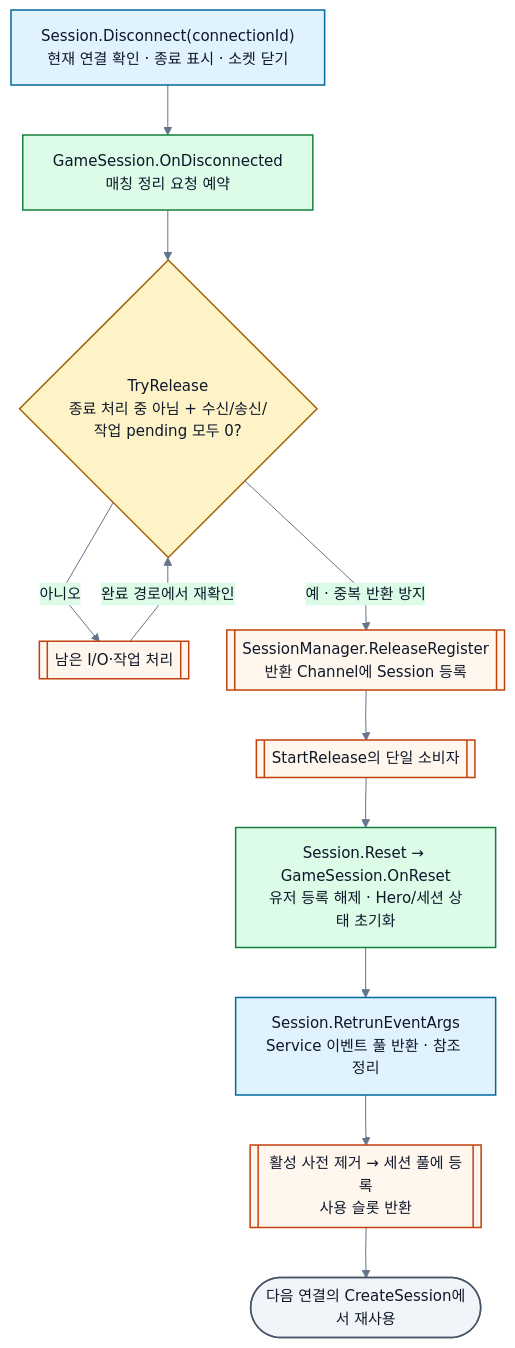
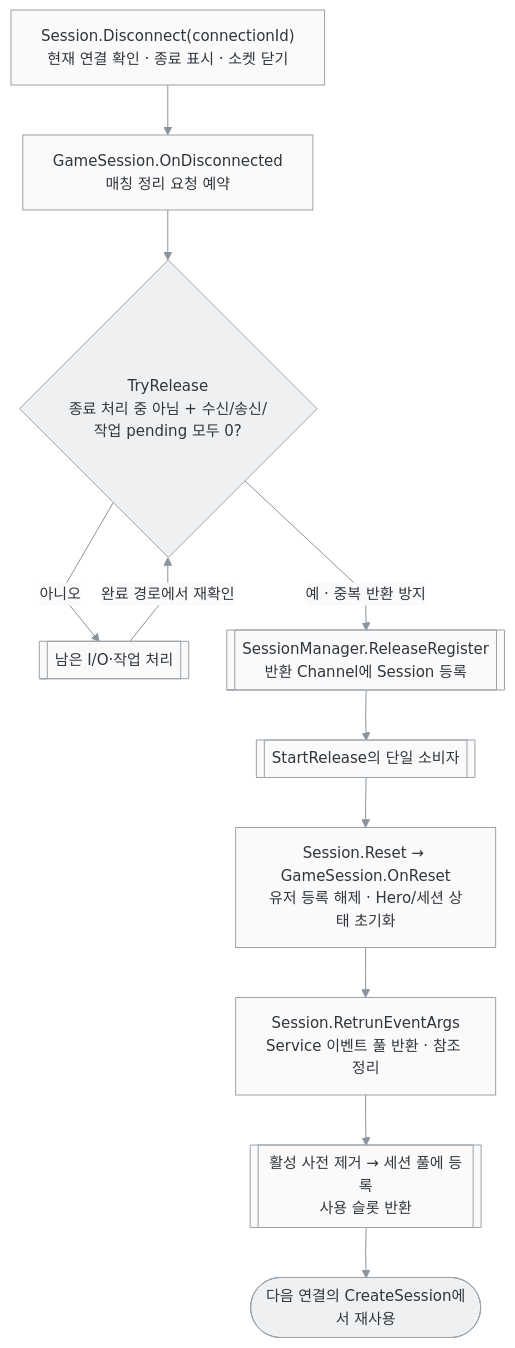
One commit to GodDongjin/CSharpServer_Portfolio changed the sixth of 7 diagrams in docs/SERVER_ARCHITECTURE.md. Above: the diagram before and after it, drawn with Mermaid. The commit also changed other lines of this file, not shown here.

Commit message:
docs: use restrained neutral diagram styling

````diff
--- a/docs/SERVER_ARCHITECTURE.md
+++ b/docs/SERVER_ARCHITECTURE.md
@@ -201,27 +201,27 @@
 ```mermaid
-%%{init: {"theme": "base", "themeVariables": {"fontFamily": "Segoe UI, Malgun Gothic, sans-serif", "fontSize": "15px", "primaryColor": "#e0f2fe", "primaryTextColor": "#0f172a", "primaryBorderColor": "#0369a1", "lineColor": "#64748b", "secondaryColor": "#dcfce7", "tertiaryColor": "#f8fafc", "textColor": "#0f172a", "actorBkg": "#e0f2fe", "actorBorder": "#0369a1", "actorTextColor": "#0f172a", "signalColor": "#475569", "signalTextColor": "#0f172a", "noteBkgColor": "#fef3c7", "noteTextColor": "#0f172a", "noteBorderColor": "#a16207", "labelBoxBkgColor": "#f1f5f9", "labelTextColor": "#0f172a"}, "flowchart": {"curve": "linear", "nodeSpacing": 35, "rankSpacing": 50}, "sequence": {"mirrorActors": false, "actorMargin": 35, "messageMargin": 30}}}%%
+%%{init: {"theme": "base", "themeVariables": {"fontFamily": "Segoe UI, Malgun Gothic, sans-serif", "fontSize": "15px", "primaryColor": "#fafafa", "primaryTextColor": "#30363d", "primaryBorderColor": "#8b949e", "lineColor": "#8b949e", "secondaryColor": "#f2f3f4", "tertiaryColor": "#fafafa", "textColor": "#30363d", "actorBkg": "#f6f7f8", "actorBorder": "#8b949e", "actorTextColor": "#30363d", "signalColor": "#8b949e", "signalTextColor": "#30363d", "noteBkgColor": "#f6f7f8", "noteTextColor": "#30363d", "noteBorderColor": "#8b949e", "labelBoxBkgColor": "#f6f7f8", "labelTextColor": "#30363d", "clusterBkg": "#f6f7f8", "clusterBorder": "#c5cbd1", "edgeLabelBackground": "#fafafa", "activationBkgColor": "#e6e8eb", "activationBorderColor": "#8b949e", "sequenceNumberColor": "#ffffff"}, "flowchart": {"curve": "linear", "nodeSpacing": 35, "rankSpacing": 50}, "sequence": {"mirrorActors": false, "actorMargin": 35, "messageMargin": 30}}}%%
 flowchart TD
     D["Session.Disconnect(connectionId)<br/>현재 연결 확인 · 종료 표시 · 소켓 닫기"]
     D --> Hook["GameSession.OnDisconnected<br/>매칭 정리 요청 예약"]
     Hook --> Check{"TryRelease<br/>종료 처리 중 아님 + 수신/송신/작업 pending 모두 0?"}
     Check -->|아니오| Pending[["남은 I/O·작업 처리"]]
     Pending -->|완료 경로에서 재확인| Check
     Check -->|예 · 중복 반환 방지| Register[["SessionManager.ReleaseRegister<br/>반환 Channel에 Session 등록"]]
     Register --> Worker[["StartRelease의 단일 소비자"]]
     Worker --> Reset["Session.Reset → GameSession.OnReset<br/>유저 등록 해제 · Hero/세션 상태 초기화"]
     Reset --> Event["Session.RetrunEventArgs<br/>Service 이벤트 풀 반환 · 참조 정리"]
     Event --> Pool[["활성 사전 제거 → 세션 풀에 등록<br/>사용 슬롯 반환"]]
     Pool --> Next(["다음 연결의 CreateSession에서 재사용"])
-    classDef network fill:#e0f2fe,stroke:#0369a1,color:#0f172a,stroke-width:1.5px
-    classDef game fill:#dcfce7,stroke:#15803d,color:#0f172a,stroke-width:1.5px
-    classDef storage fill:#ede9fe,stroke:#7c3aed,color:#0f172a,stroke-width:1.5px
-    classDef queue fill:#fff7ed,stroke:#c2410c,color:#0f172a,stroke-width:1.5px
-    classDef decision fill:#fef3c7,stroke:#a16207,color:#0f172a,stroke-width:1.5px
-    classDef error fill:#fee2e2,stroke:#b91c1c,color:#0f172a,stroke-width:1.5px
-    classDef terminal fill:#f1f5f9,stroke:#475569,color:#0f172a,stroke-width:1.5px
+    classDef network fill:#fafafa,stroke:#9aa2aa,color:#30363d,stroke-width:1px
+    classDef game fill:#fafafa,stroke:#9aa2aa,color:#30363d,stroke-width:1px
+    classDef storage fill:#fafafa,stroke:#9aa2aa,color:#30363d,stroke-width:1px
+    classDef queue fill:#fafafa,stroke:#9aa2aa,color:#30363d,stroke-width:1px
+    classDef decision fill:#eef0f2,stroke:#9aa2aa,color:#30363d,stroke-width:1px
+    classDef error fill:#fafafa,stroke:#9aa2aa,color:#30363d,stroke-width:1px
+    classDef terminal fill:#eef0f2,stroke:#9aa2aa,color:#30363d,stroke-width:1px
     class D,Event network
     class Hook,Reset game
     class Pending,Register,Worker,Pool queue
     class Check decision
     class Next terminal
 ```
````
